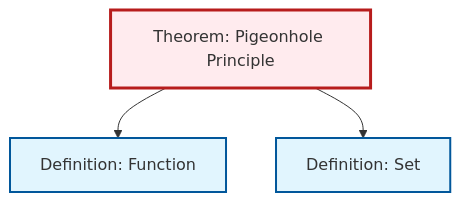
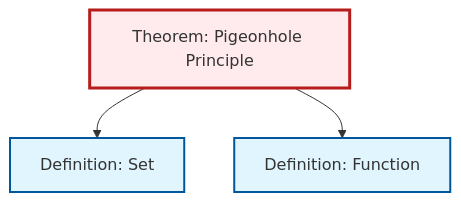
Before and after one commit to RK0429/ModernMath: the diagram in content/ja/combinatorics/thm-pigeonhole-principle.qmd, drawn with Mermaid. The commit also changed other lines of this file and 36 other files, not shown here.

````diff
--- a/content/ja/combinatorics/thm-pigeonhole-principle.qmd
+++ b/content/ja/combinatorics/thm-pigeonhole-principle.qmd
@@ -64,17 +65,17 @@
 ```{mermaid}
 %%| fig-cap: "Local dependency graph"
 graph TD
     classDef definition fill:#e1f5fe,stroke:#01579b,stroke-width:2px
     classDef theorem fill:#f3e5f5,stroke:#4a148c,stroke-width:2px
     classDef axiom fill:#fff3e0,stroke:#e65100,stroke-width:2px
     classDef example fill:#e8f5e9,stroke:#1b5e20,stroke-width:2px
     classDef current fill:#ffebee,stroke:#b71c1c,stroke-width:3px
-    def-set["Definition: Set"]:::definition
     thm-pigeonhole-principle["Theorem: Pigeonhole Principle"]:::theorem
     def-function["Definition: Function"]:::definition
+    def-set["Definition: Set"]:::definition
+    thm-pigeonhole-principle --> def-set
     thm-pigeonhole-principle --> def-function
-    thm-pigeonhole-principle --> def-set
     class thm-pigeonhole-principle current
+    click def-function "def-function.html" "Definition: Functionへ"
     click def-set "def-set.html" "Definition: Setへ"
-    click def-function "def-function.html" "Definition: Functionへ"
 ```
````
